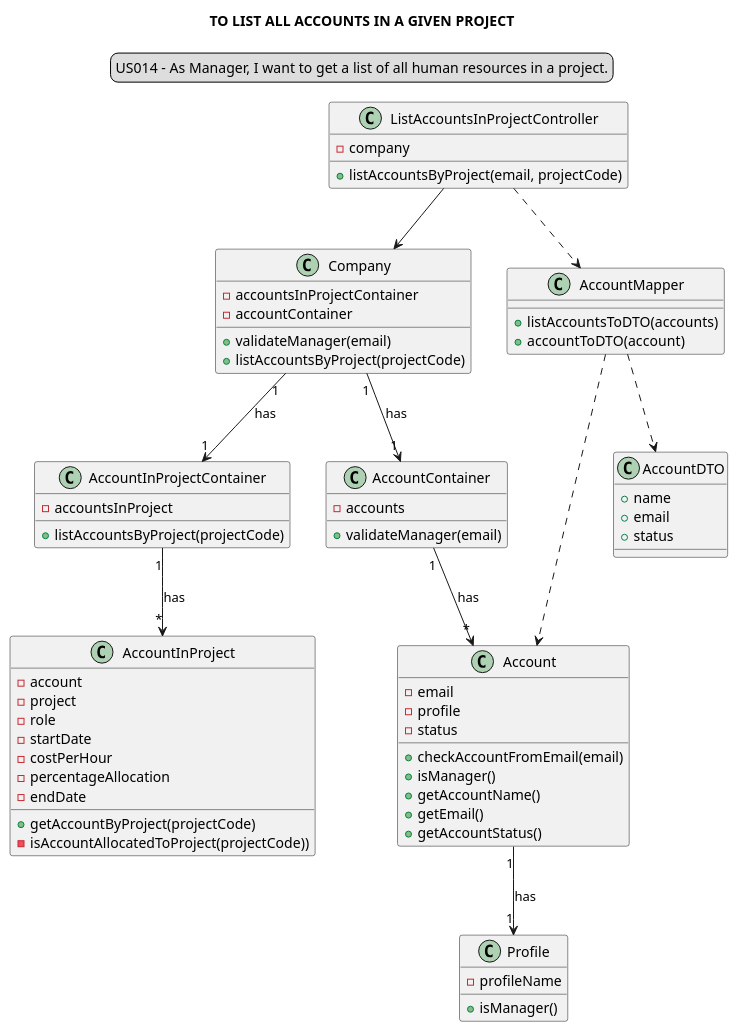
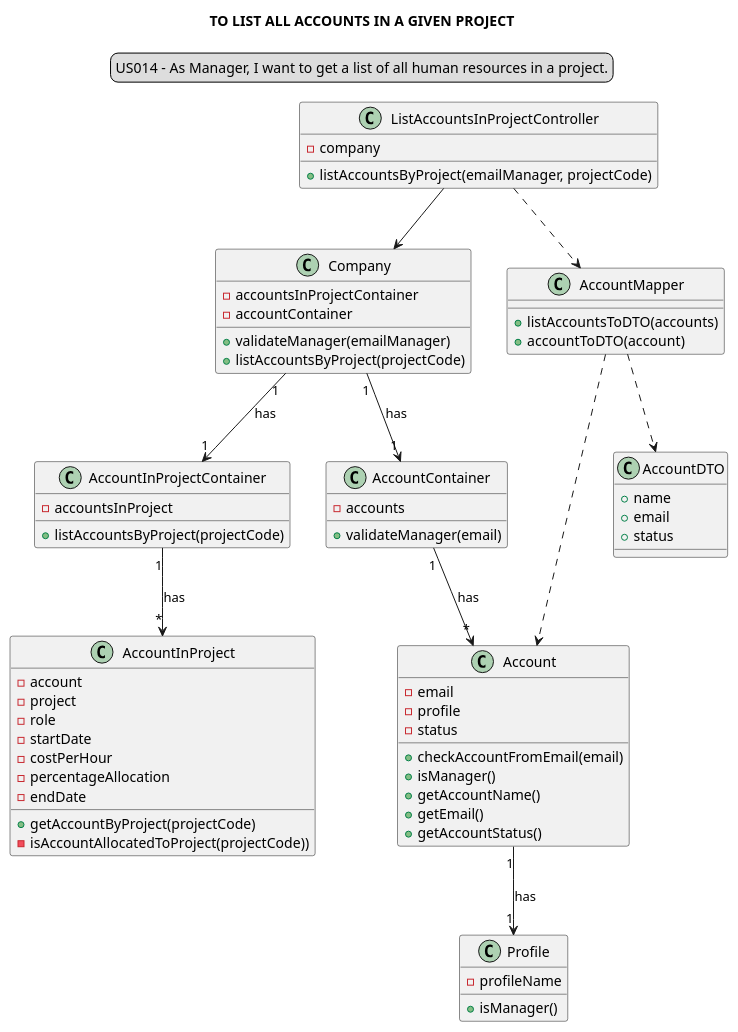
Before and after one commit to Loracline/project_switch_22-23: the diagram in docs/modelling_design/user_stories/sprint02/us014/US014_classDiagram.puml, drawn with PlantUML. The commit also changed 3 other files, not shown here.

First line of the commit message:
US 014 : Development : Refinement of class ListAccountsInProjectController and ListAccountsInProjectControllerTest.

```diff
--- a/docs/modelling_design/user_stories/sprint02/us014/US014_classDiagram.puml
+++ b/docs/modelling_design/user_stories/sprint02/us014/US014_classDiagram.puml
@@ -1,77 +1,77 @@
 @startuml
 skinparam sequenceMessageAlign center
 title TO LIST ALL ACCOUNTS IN A GIVEN PROJECT
 legend top
 US014 - As Manager, I want to get a list of all human resources in a project.
 end legend
 class "ListAccountsInProjectController" {
 -company
-+listAccountsByProject(email, projectCode)
++listAccountsByProject(emailManager, projectCode)
 }
 
 class "Company"{
 -accountsInProjectContainer
 -accountContainer
-+validateManager(email)
++validateManager(emailManager)
 +listAccountsByProject(projectCode)
 }
 
 class "AccountInProjectContainer"{
 -accountsInProject
 +listAccountsByProject(projectCode)
 }
 
 class "AccountInProject"{
 -account
 -project
 -role
 -startDate
 -costPerHour
 -percentageAllocation
 -endDate
 +getAccountByProject(projectCode)
 -isAccountAllocatedToProject(projectCode))
 }
 
 class "AccountContainer" {
 -accounts
 +validateManager(email)
 }
 
 class "Account" {
 -email
 -profile
 -status
 +checkAccountFromEmail(email)
 +isManager()
 +getAccountName()
 +getEmail()
 +getAccountStatus()
 }
 
 class "Profile"{
 -profileName
 +isManager()
 }
 
 class "AccountMapper"{
 +listAccountsToDTO(accounts)
 +accountToDTO(account)
 }
 
 class "AccountDTO"{
 +name
 +email
 +status
 }
 
 "ListAccountsInProjectController" --> "Company"
 "ListAccountsInProjectController" ..> "AccountMapper"
 "Company" "1"-->"1" "AccountInProjectContainer": has
 "Company" "1" --> "1" "AccountContainer": has
 "AccountContainer" "1" --> "*" "Account": has
 "Account" "1" --> "1""Profile": has
 "AccountMapper" ..> "AccountDTO"
 "AccountInProjectContainer" "1" --> "*" "AccountInProject": has
 "AccountMapper"..>"Account"
 @enduml
```
